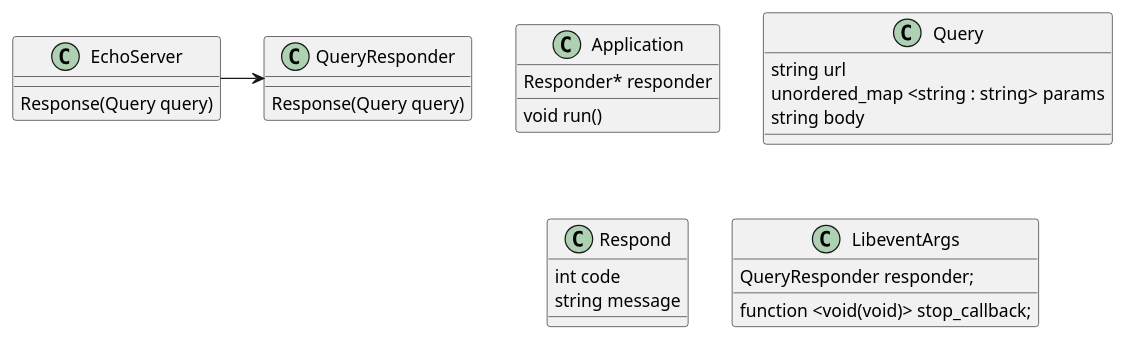
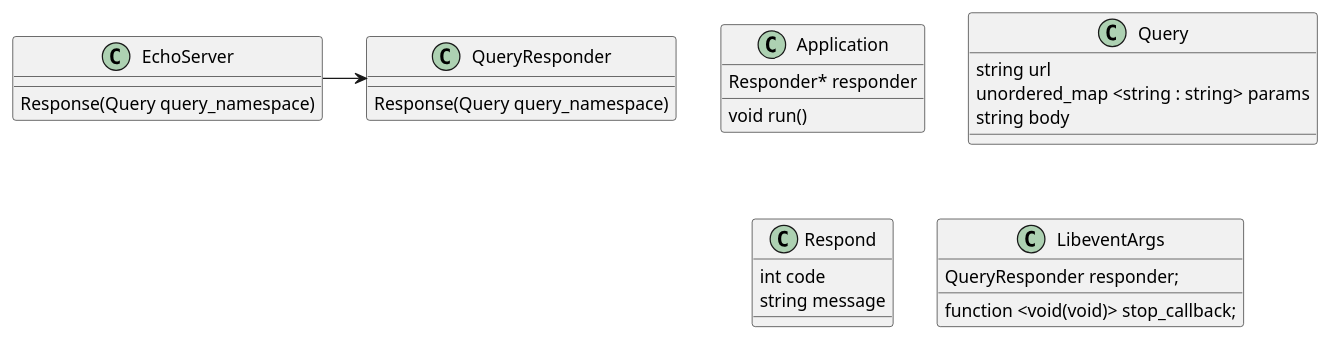
The diagram in src/application/model_diagram.puml (alkut/yandex-backend-copy), drawn with PlantUML before and after one commit. The commit also changed 13 other files, not shown here.

```diff
--- a/src/application/model_diagram.puml
+++ b/src/application/model_diagram.puml
@@ -1,26 +1,26 @@
 @startuml
 class Application
 class EchoServer
 class Query
 class QueryResponder
 class Respond
 
 Application : void run()
 Application : Responder* responder
 
-EchoServer : Response(Query query)
+EchoServer : Response(Query query_namespace)
 
 LibeventArgs : QueryResponder responder;
 LibeventArgs : function <void(void)> stop_callback;
 
 Query : string url
 Query : unordered_map <string : string> params
 Query : string body
 
-QueryResponder : Response(Query query)
+QueryResponder : Response(Query query_namespace)
 
 Respond : int code
 Respond : string message
 
 EchoServer -> QueryResponder
 @enduml
```
